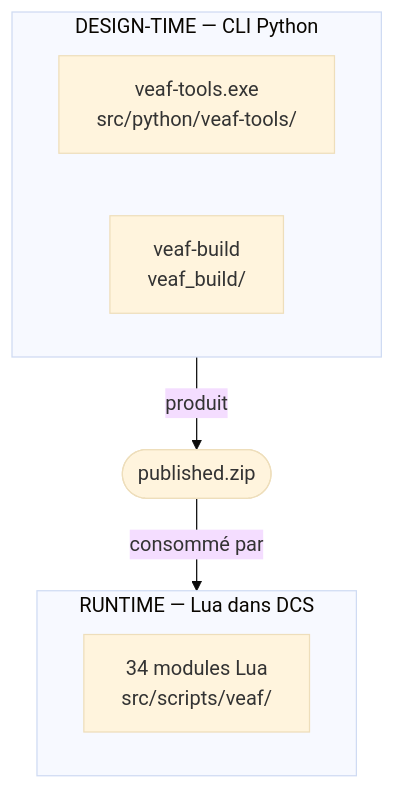
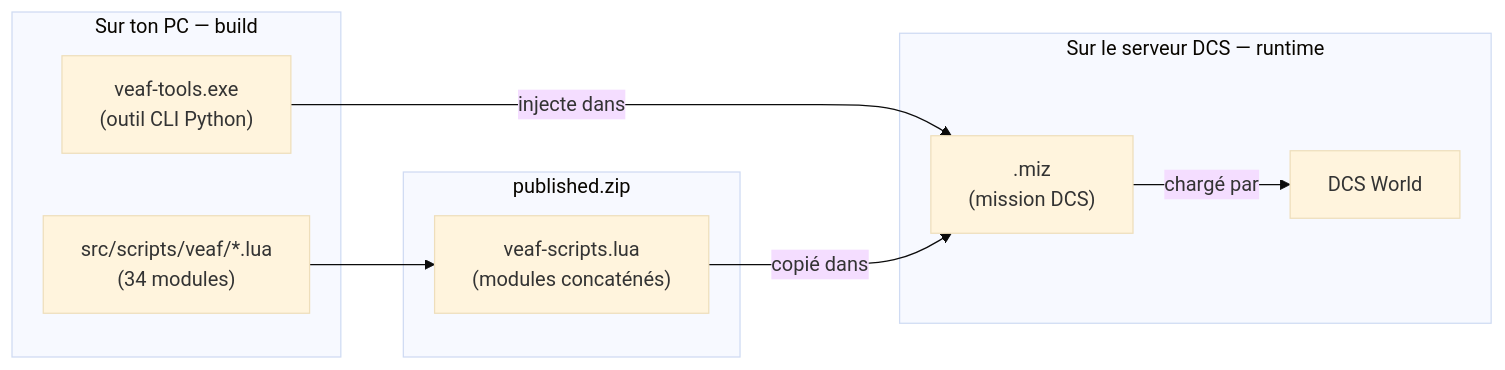
Before and after one commit to VEAF/VEAF-Mission-Creation-Tools: the diagram in doc/developer/README.md, drawn with Mermaid (base theme). The commit also changed other lines of this file and 1 other file, not shown here.

````diff
--- a/doc/developer/README.md
+++ b/doc/developer/README.md
@@ -31,12 +25,18 @@
 ```mermaid
-flowchart TD
-    subgraph RT["RUNTIME — Lua dans DCS"]
-        scripts["34 modules Lua<br/>src/scripts/veaf/"]
+flowchart LR
+    subgraph DT["Sur ton PC — build"]
+        lua["src/scripts/veaf/*.lua<br/>(34 modules)"]
+        py["veaf-tools.exe<br/>(outil CLI Python)"]
     end
-    subgraph DT["DESIGN-TIME — CLI Python"]
-        tools["veaf-tools.exe<br/>src/python/veaf-tools/"]
-        build["veaf-build<br/>veaf_build/"]
+    subgraph zip["published.zip"]
+        bundle["veaf-scripts.lua<br/>(modules concaténés)"]
     end
-    DT -->|produit| zip(["published.zip"])
-    zip -->|consommé par| RT
+    subgraph RT["Sur le serveur DCS — runtime"]
+        mission[".miz\n(mission DCS)"]
+        dcs["DCS World"]
+    end
+    lua --> bundle
+    py -->|injecte dans| mission
+    bundle -->|copié dans| mission
+    mission -->|chargé par| dcs
 ```
````
